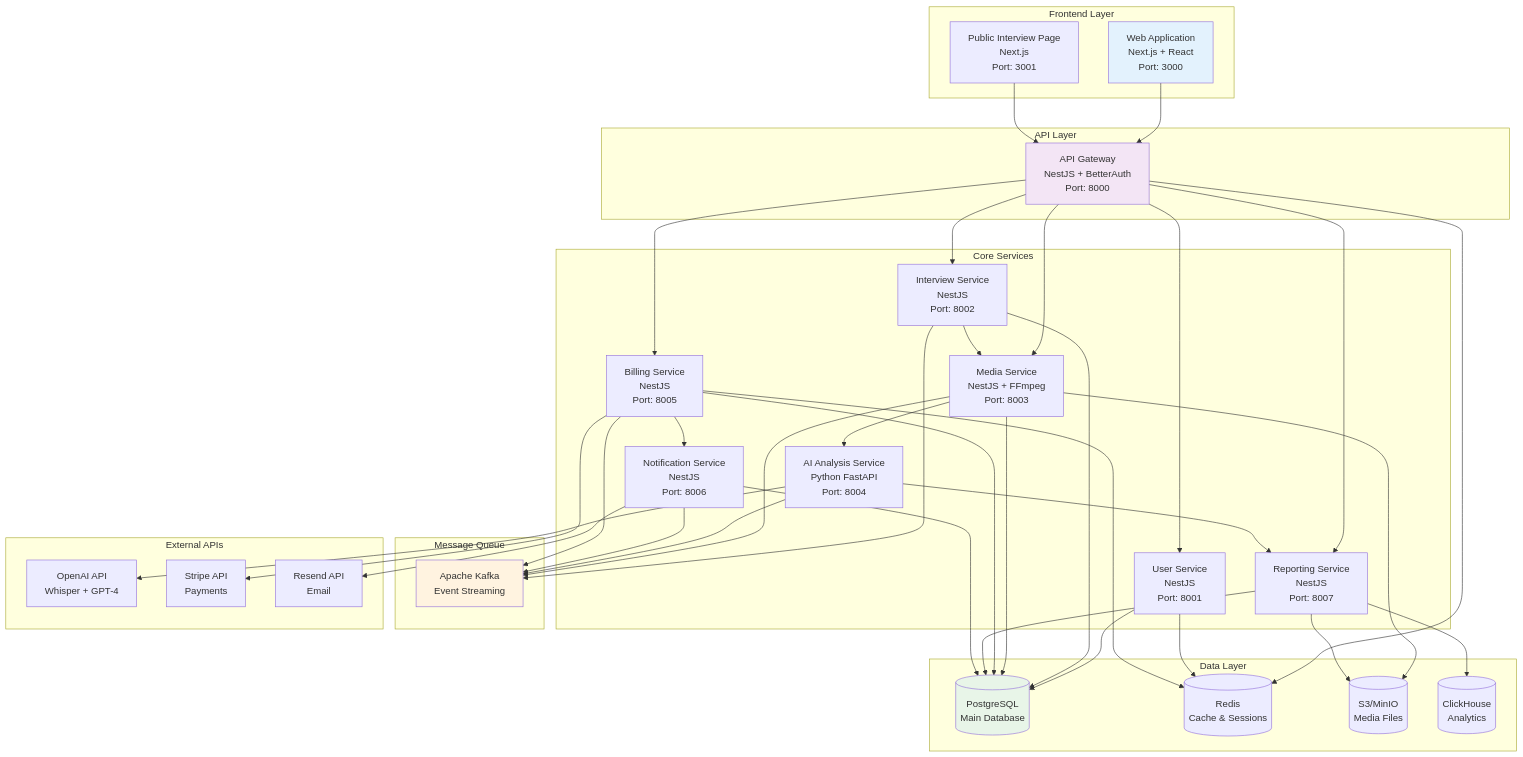
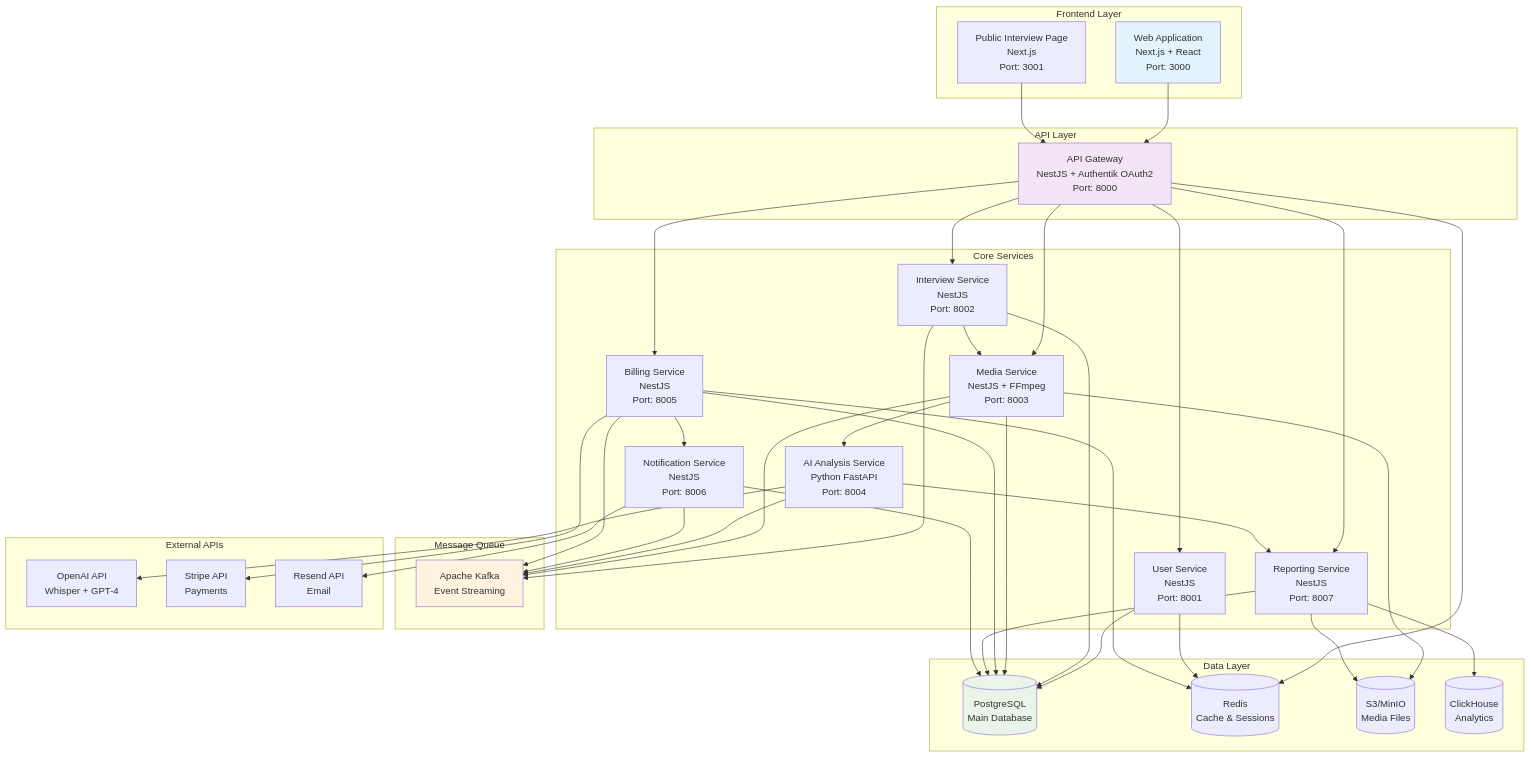
One commit to olegkovalyov/ai-video-interview changed the second of 7 diagrams in docs/architecture/02-system-interactions.md. Above: the diagram before and after it, drawn with Mermaid. The commit also changed 32 other files, not shown here.

```diff
--- a/docs/architecture/02-system-interactions.md
+++ b/docs/architecture/02-system-interactions.md
@@ -42,7 +42,7 @@
     end
     
     subgraph "API Layer"
-        Gateway[API Gateway<br/>NestJS + BetterAuth<br/>Port: 8000]
+        Gateway[API Gateway<br/>NestJS + Authentik OAuth2<br/>Port: 8000]
     end
     
     subgraph "Core Services"
```
